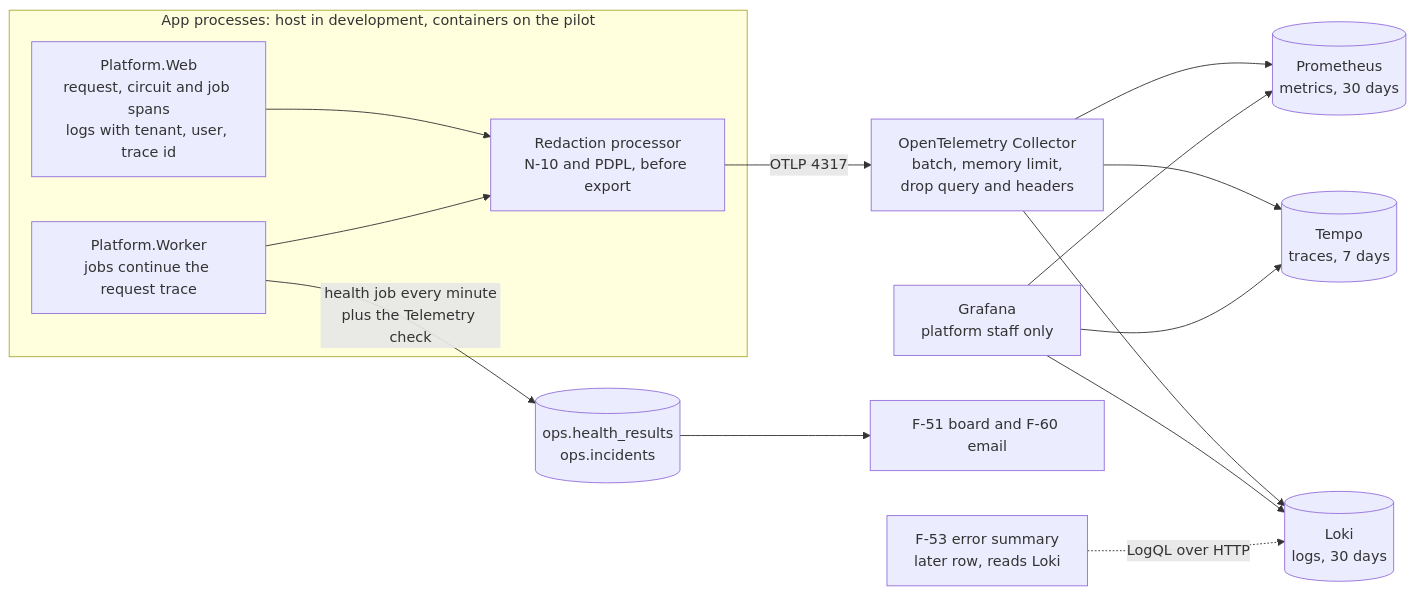
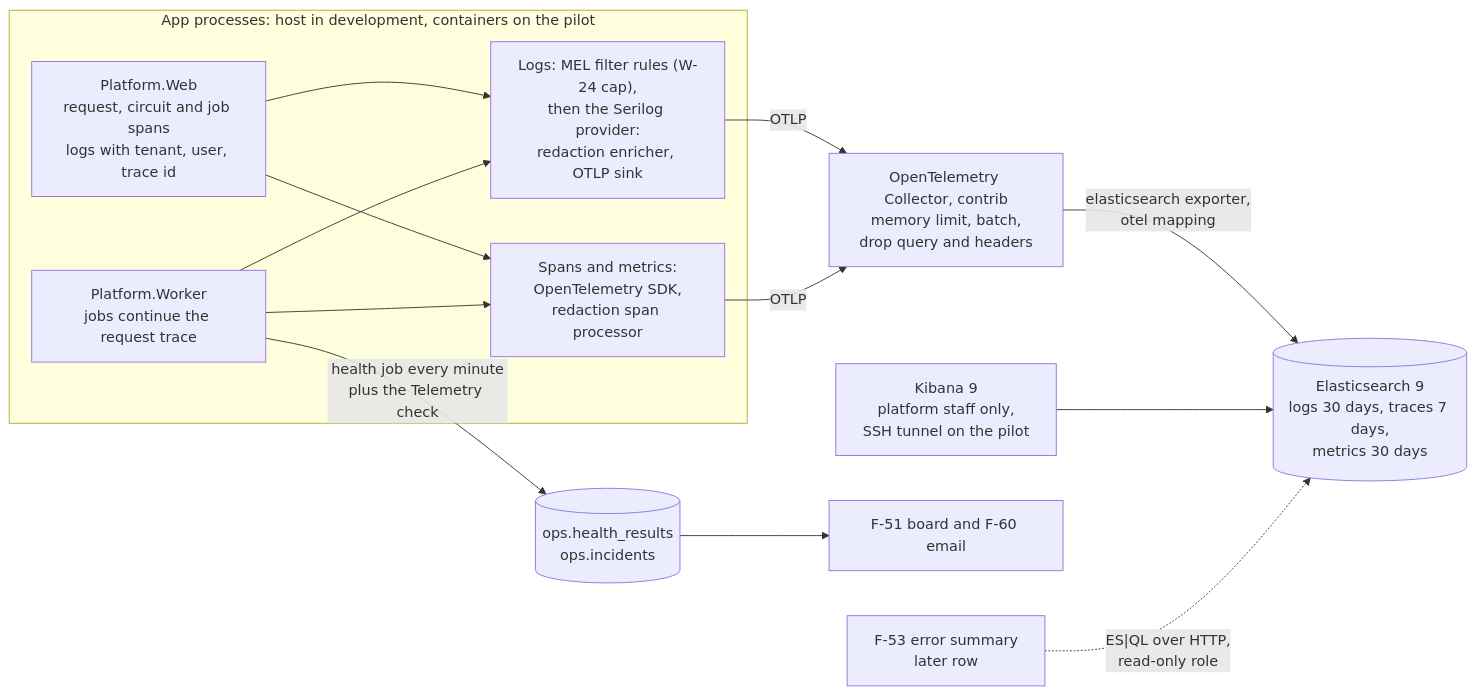
One commit to AhmedAssaf/ERP changed the first of 2 diagrams in docs/superpowers/specs/2026-09-30-observability-design.md. Above: the diagram before and after it, drawn with Mermaid. The commit also changed other lines of this file and 10 other files, not shown here.

````diff
--- a/docs/superpowers/specs/2026-09-30-observability-design.md
+++ b/docs/superpowers/specs/2026-09-30-observability-design.md
@@ -69,20 +70,20 @@
 ```mermaid
 flowchart LR
     subgraph APP["App processes: host in development, containers on the pilot"]
         WEB["Platform.Web<br/>request, circuit and job spans<br/>logs with tenant, user, trace id"]
         WRK["Platform.Worker<br/>jobs continue the request trace"]
-        RED["Redaction processor<br/>N-10 and PDPL, before export"]
-        WEB --> RED
-        WRK --> RED
+        LOG["Logs: MEL filter rules (W-24 cap),<br/>then the Serilog provider:<br/>redaction enricher, OTLP sink"]
+        SPN["Spans and metrics:<br/>OpenTelemetry SDK,<br/>redaction span processor"]
+        WEB --> LOG
+        WEB --> SPN
+        WRK --> LOG
+        WRK --> SPN
     end
-    RED -->|"OTLP 4317"| COL["OpenTelemetry Collector<br/>batch, memory limit,<br/>drop query and headers"]
-    COL --> LOKI[("Loki<br/>logs, 30 days")]
-    COL --> TEMPO[("Tempo<br/>traces, 7 days")]
-    COL --> PROM[("Prometheus<br/>metrics, 30 days")]
-    GRAF["Grafana<br/>platform staff only"] --> LOKI
-    GRAF --> TEMPO
-    GRAF --> PROM
+    LOG -->|"OTLP"| COL["OpenTelemetry Collector, contrib<br/>memory limit, batch,<br/>drop query and headers"]
+    SPN -->|"OTLP"| COL
+    COL -->|"elasticsearch exporter,<br/>otel mapping"| ES[("Elasticsearch 9<br/>logs 30 days, traces 7 days,<br/>metrics 30 days")]
+    KIB["Kibana 9<br/>platform staff only,<br/>SSH tunnel on the pilot"] --> ES
     WRK -->|"health job every minute<br/>plus the Telemetry check"| OPS[("ops.health_results<br/>ops.incidents")]
     OPS --> F51["F-51 board and F-60 email"]
-    F53["F-53 error summary<br/>later row, reads Loki"] -.->|"LogQL over HTTP"| LOKI
+    F53["F-53 error summary<br/>later row"] -. "ES|QL over HTTP,<br/>read-only role" .-> ES
 ```
````
